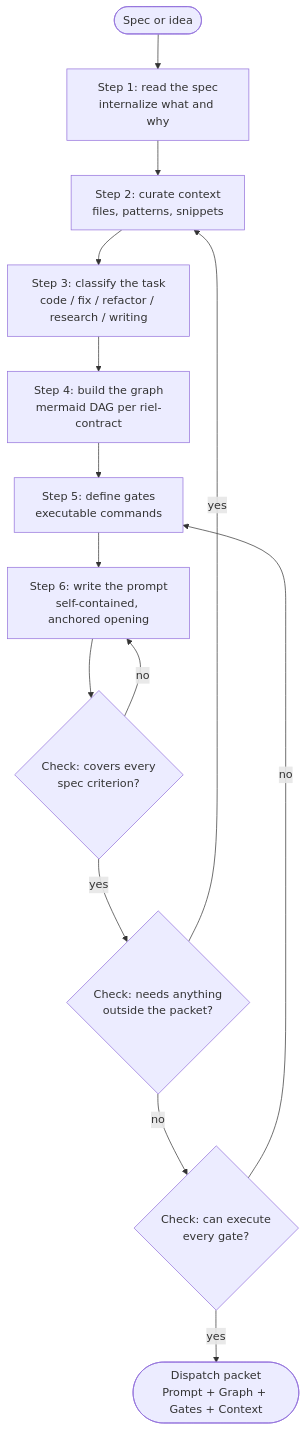
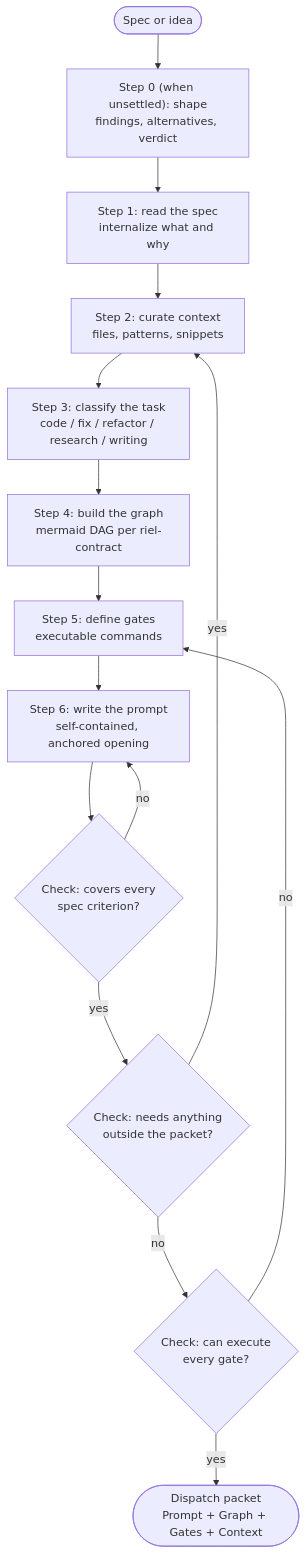
Before and after one commit to alvarolizama/riel: the diagram in skills/riel-briefs/SKILL.md, drawn with Mermaid. The commit also changed other lines of this file and 4 other files, not shown here.

````diff
--- a/skills/riel-briefs/SKILL.md
+++ b/skills/riel-briefs/SKILL.md
@@ -81,16 +100,17 @@
 ```mermaid
 flowchart TD
-  START([Spec or idea]) --> P1["Step 1: read the spec\ninternalize what and why"]
+  START([Spec or idea]) --> P0["Step 0 (when unsettled): shape\nfindings, alternatives, verdict"]
+  P0 --> P1["Step 1: read the spec\ninternalize what and why"]
   P1 --> P2["Step 2: curate context\nfiles, patterns, snippets"]
   P2 --> P3["Step 3: classify the task\ncode / fix / refactor / research / writing"]
   P3 --> G1["Step 4: build the graph\nmermaid DAG per riel-contract"]
   G1 --> G2["Step 5: define gates\nexecutable commands"]
   G2 --> G3["Step 6: write the prompt\nself-contained, anchored opening"]
   G3 --> V1{"Check: covers every\nspec criterion?"}
   V1 -->|no| G3
   V1 -->|yes| V2{"Check: needs anything\noutside the packet?"}
   V2 -->|yes| P2
   V2 -->|no| V3{"Check: can execute\nevery gate?"}
   V3 -->|no| G2
   V3 -->|yes| PACKET([Dispatch packet\nPrompt + Graph + Gates + Context])
 ```
````
